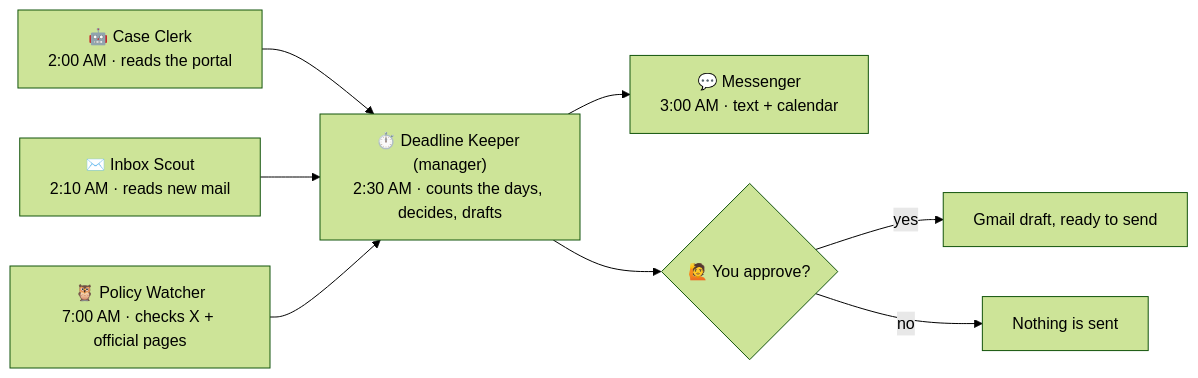
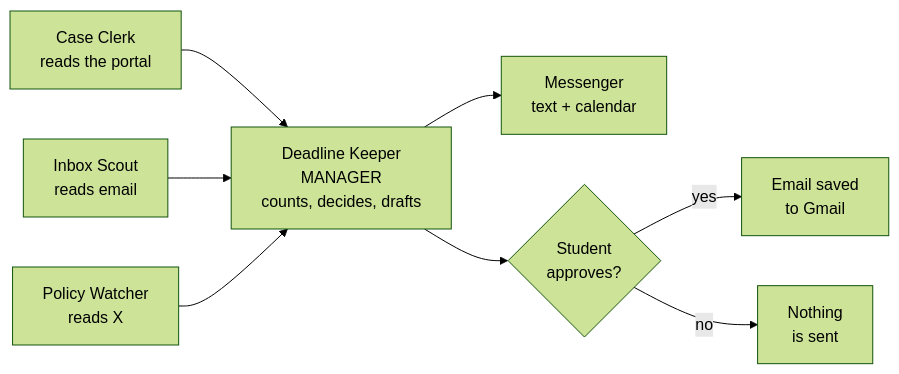
Before and after one commit to Vihaanbussa/waypoint-hackathon: the diagram in README.md, drawn with Mermaid (forest theme). The commit also changed other lines of this file, not shown here.

````diff
--- a/README.md
+++ b/README.md
@@ -61,10 +62,10 @@
 ```mermaid
 flowchart LR
-    CC["🤖 Case Clerk<br/>2:00 AM · reads the portal"] --> DK
-    IS["✉️ Inbox Scout<br/>2:10 AM · reads new mail"] --> DK
-    PW["🦉 Policy Watcher<br/>7:00 AM · checks X + official pages"] --> DK
-    DK["⏱️ Deadline Keeper (manager)<br/>2:30 AM · counts the days, decides, drafts"] --> MS["💬 Messenger<br/>3:00 AM · text + calendar"]
-    DK --> AP{"🙋 You approve?"}
-    AP -- yes --> GM["Gmail draft, ready to send"]
-    AP -- no --> RJ["Nothing is sent"]
+    CC["Case Clerk<br/>reads the portal"] --> DK
+    IS["Inbox Scout<br/>reads email"] --> DK
+    PW["Policy Watcher<br/>reads X"] --> DK
+    DK["Deadline Keeper<br/>MANAGER<br/>counts, decides, drafts"] --> MS["Messenger<br/>text + calendar"]
+    DK --> AP{"Student<br/>approves?"}
+    AP -- yes --> GM["Email saved<br/>to Gmail"]
+    AP -- no --> NO["Nothing<br/>is sent"]
 ```
````
